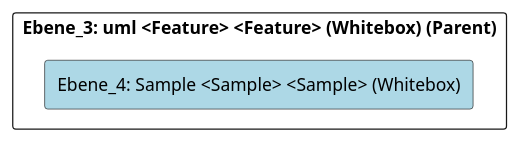
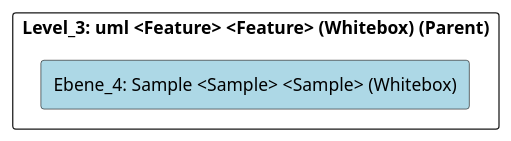
One commit to marcozwyssig/cleon changed the diagram in doc/cleonproject_deliverables_architecture_model_architecture/adoc/de/05_bausteinsicht/cleon/modeling_languages/uml/sample/ebene_4_sample.adoc. Above: the diagram before and after it, drawn with PlantUML. The commit also changed other lines of this file and 169 other files, not shown here.

```diff
--- a/doc/cleonproject_deliverables_architecture_model_architecture/adoc/de/05_bausteinsicht/cleon/modeling_languages/uml/sample/ebene_4_sample.adoc
+++ b/doc/cleonproject_deliverables_architecture_model_architecture/adoc/de/05_bausteinsicht/cleon/modeling_languages/uml/sample/ebene_4_sample.adoc
@@ -24,24 +24,24 @@
 [plantuml, Ebene_4: Sample <Sample> <Sample> (Whitebox)BlockOverview, format="svg"]
 ----
 @startuml Ebene_4: Sample <Sample> <Sample> (Whitebox)BuildingBlockOverview
 
 skinparam ranksep 10
 skinparam componentStyle rectangle
 skinparam shadowing false
 skinparam arrowColor lightblue
 skinparam arrowThickness 1.2
 skinparam rectangle {
   BackgroundColor White
   BorderColor #333
   RoundCorner 10
 }
 top to bottom direction
 
-component "Ebene_3: uml <Feature> <Feature> (Whitebox) (Parent)" {
+component "Level_3: uml <Feature> <Feature> (Whitebox) (Parent)" {
     component "Ebene_4: Sample <Sample> <Sample> (Whitebox)" #lightblue {
     }
 
 }
 
 @enduml
 ----
```
